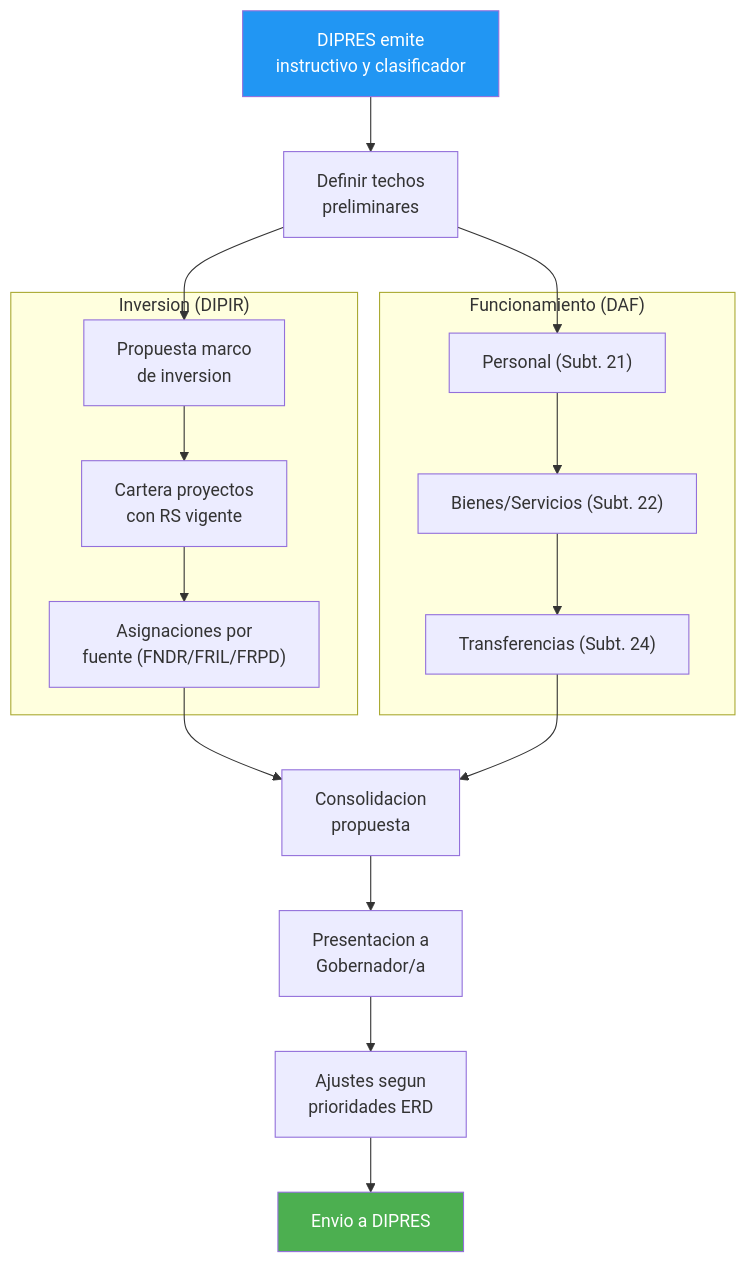
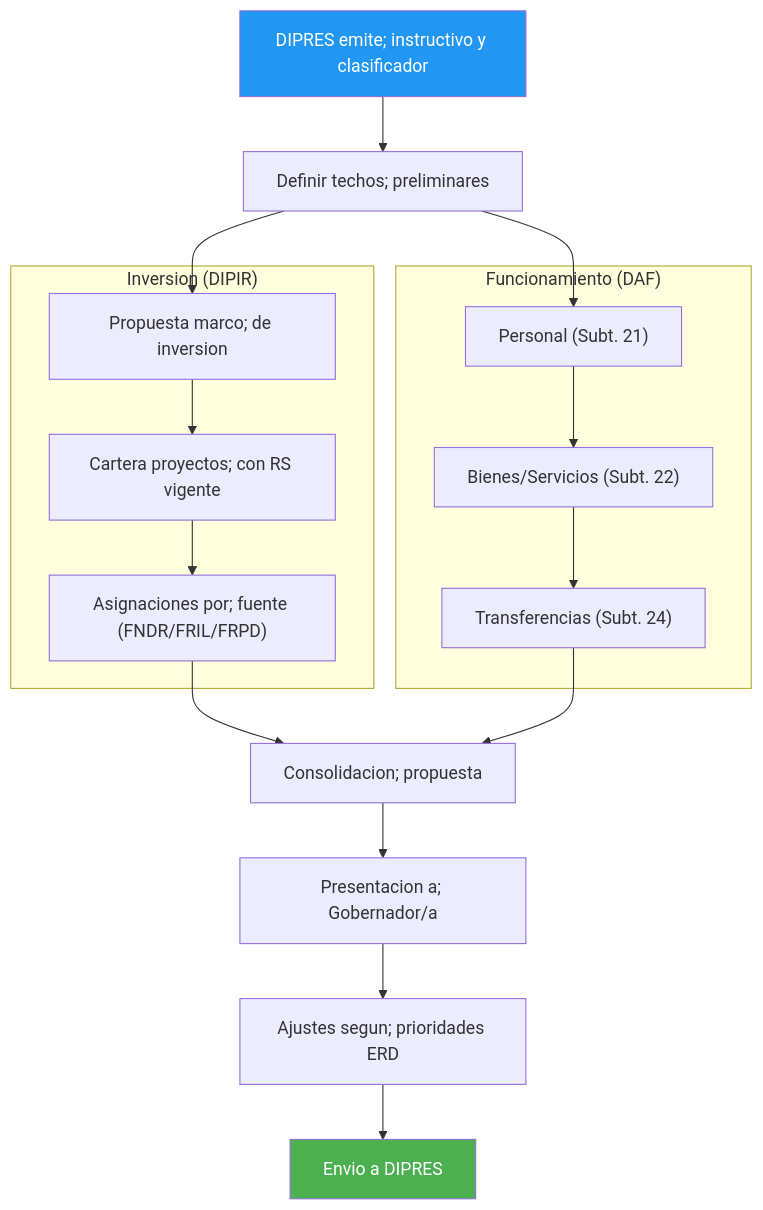
One commit to felix-antonio-sl/kora changed the second of 2 diagrams in KNOWLEDGE/gn/kb/kb_gn_018_gestion_prpto_2026.md. Above: the diagram before and after it, drawn with Mermaid. The commit also changed other lines of this file and 1034 other files, not shown here.

````diff
--- a/KNOWLEDGE/gn/kb/kb_gn_018_gestion_prpto_2026.md
+++ b/KNOWLEDGE/gn/kb/kb_gn_018_gestion_prpto_2026.md
@@ -133,27 +143,27 @@
 ```mermaid
 flowchart TD
-    A["DIPRES emite<br/>instructivo y clasificador"] --> B["Definir techos<br/>preliminares"]
+ A["DIPRES emite; instructivo y clasificador"] --> B["Definir techos; preliminares"]
 
-    subgraph INVERSION["Inversion (DIPIR)"]
-        C1["Propuesta marco<br/>de inversion"]
-        C2["Cartera proyectos<br/>con RS vigente"]
-        C3["Asignaciones por<br/>fuente (FNDR/FRIL/FRPD)"]
-    end
+ subgraph INVERSION["Inversion (DIPIR)"]
+ C1["Propuesta marco; de inversion"]
+ C2["Cartera proyectos; con RS vigente"]
+ C3["Asignaciones por; fuente (FNDR/FRIL/FRPD)"]
+ end
 
-    subgraph FUNCIONAMIENTO["Funcionamiento (DAF)"]
-        D1["Personal (Subt. 21)"]
-        D2["Bienes/Servicios (Subt. 22)"]
-        D3["Transferencias (Subt. 24)"]
-    end
+ subgraph FUNCIONAMIENTO["Funcionamiento (DAF)"]
+ D1["Personal (Subt. 21)"]
+ D2["Bienes/Servicios (Subt. 22)"]
+ D3["Transferencias (Subt. 24)"]
+ end
 
-    B --> C1 & D1
-    C1 --> C2 --> C3
-    D1 --> D2 --> D3
-    C3 & D3 --> E["Consolidacion<br/>propuesta"]
-    E --> F["Presentacion a<br/>Gobernador/a"]
-    F --> G["Ajustes segun<br/>prioridades ERD"]
-    G --> H["Envio a DIPRES"]
+ B --> C1 & D1
+ C1 --> C2 --> C3
+ D1 --> D2 --> D3
+ C3 & D3 --> E["Consolidacion; propuesta"]
+ E --> F["Presentacion a; Gobernador/a"]
+ F --> G["Ajustes segun; prioridades ERD"]
+ G --> H["Envio a DIPRES"]
 
-    style A fill:#2196F3,color:#fff
-    style H fill:#4CAF50,color:#fff
+ style A fill:#2196F3,color:#fff
+ style H fill:#4CAF50,color:#fff
 ```
````
